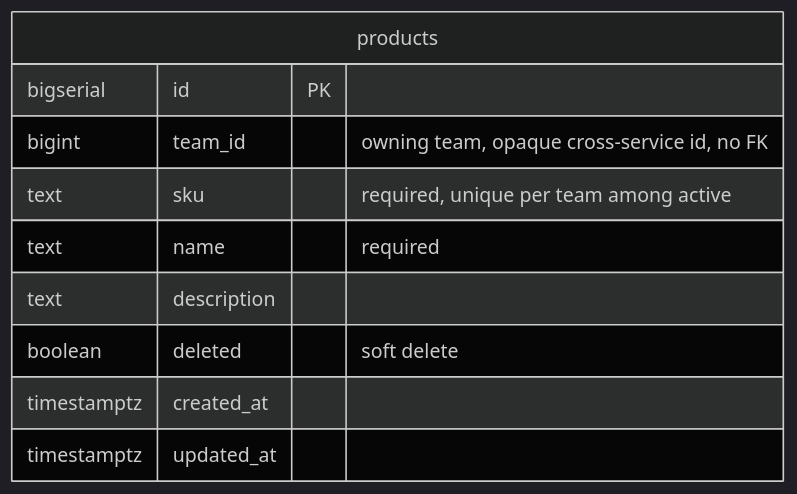
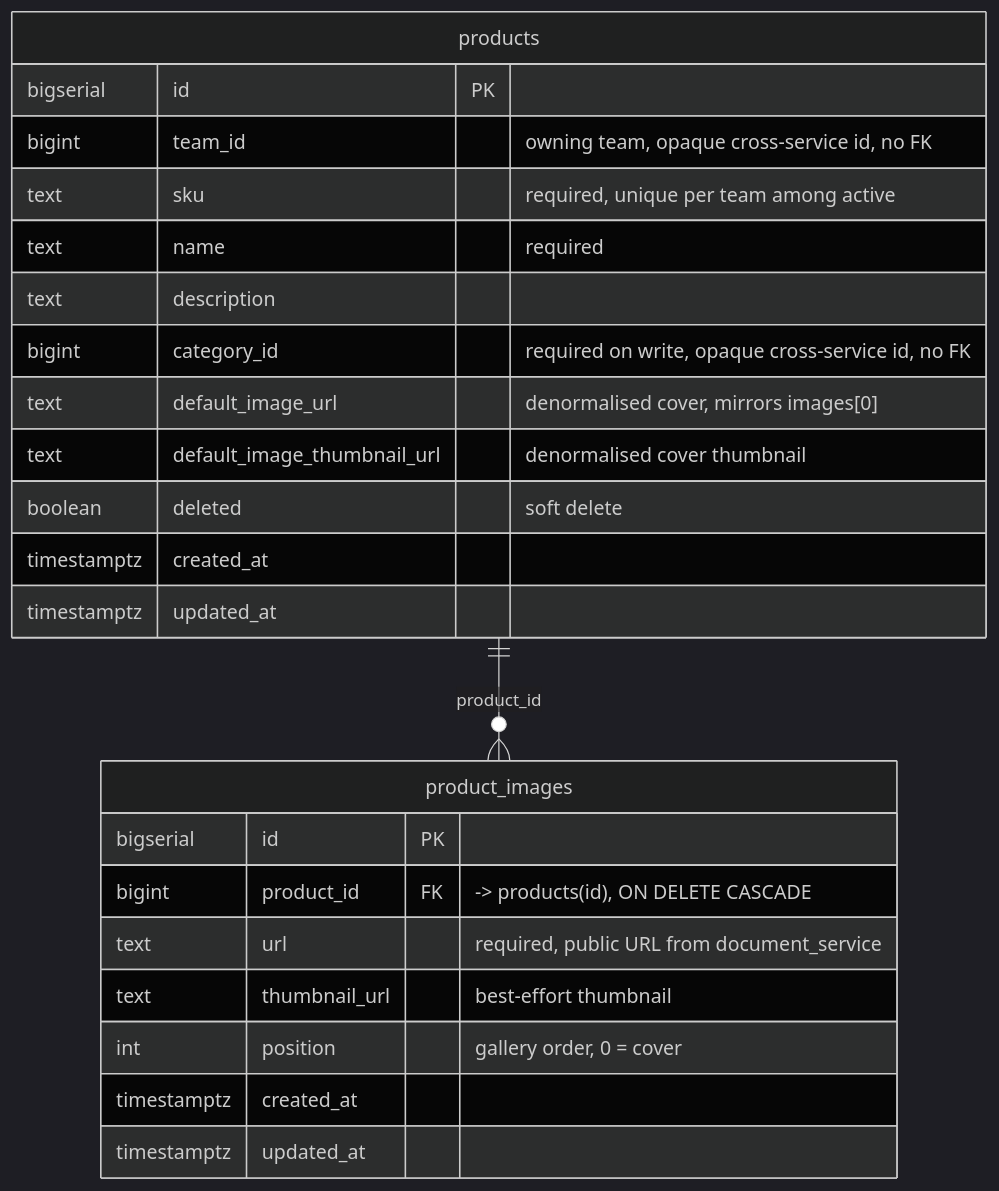
The fourth of 7 diagrams in docs/database-schema.md (pdcgo/warehouse_revamp), drawn with Mermaid (dark theme) before and after one commit. The commit also changed other lines of this file and 25 other files, not shown here.

First line of the commit message:
#60 Create/Edit Product as a page, with a category and up to 5 images

````diff
--- a/docs/database-schema.md
+++ b/docs/database-schema.md
@@ -128,13 +128,28 @@
 ```mermaid
 erDiagram
+    products ||--o{ product_images : "product_id"
+
     products {
-        bigserial   id          PK
-        bigint      team_id     "owning team, opaque cross-service id, no FK"
-        text        sku         "required, unique per team among active"
-        text        name        "required"
+        bigserial   id                          PK
+        bigint      team_id                     "owning team, opaque cross-service id, no FK"
+        text        sku                         "required, unique per team among active"
+        text        name                        "required"
         text        description
-        boolean     deleted     "soft delete"
+        bigint      category_id                 "required on write, opaque cross-service id, no FK"
+        text        default_image_url           "denormalised cover, mirrors images[0]"
+        text        default_image_thumbnail_url "denormalised cover thumbnail"
+        boolean     deleted                     "soft delete"
+        timestamptz created_at
+        timestamptz updated_at
+    }
+
+    product_images {
+        bigserial   id            PK
+        bigint      product_id    FK "-> products(id), ON DELETE CASCADE"
+        text        url           "required, public URL from document_service"
+        text        thumbnail_url "best-effort thumbnail"
+        int         position      "gallery order, 0 = cover"
         timestamptz created_at
         timestamptz updated_at
     }
 ```
````
